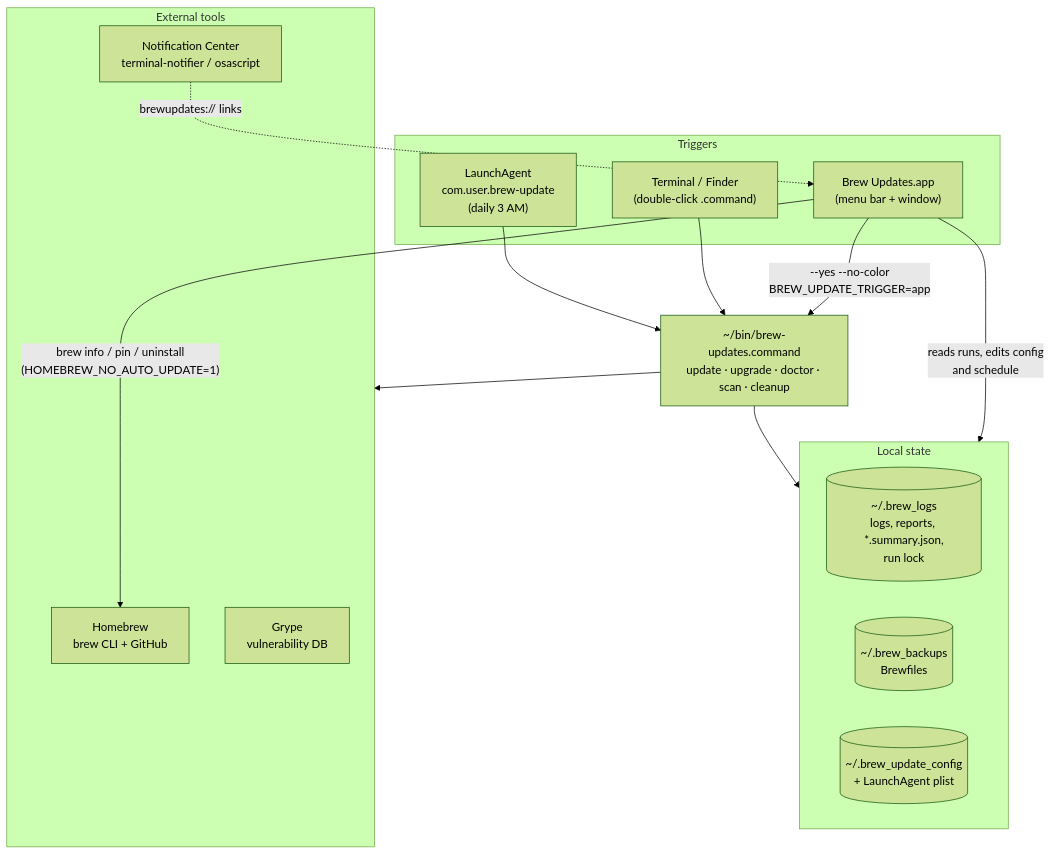
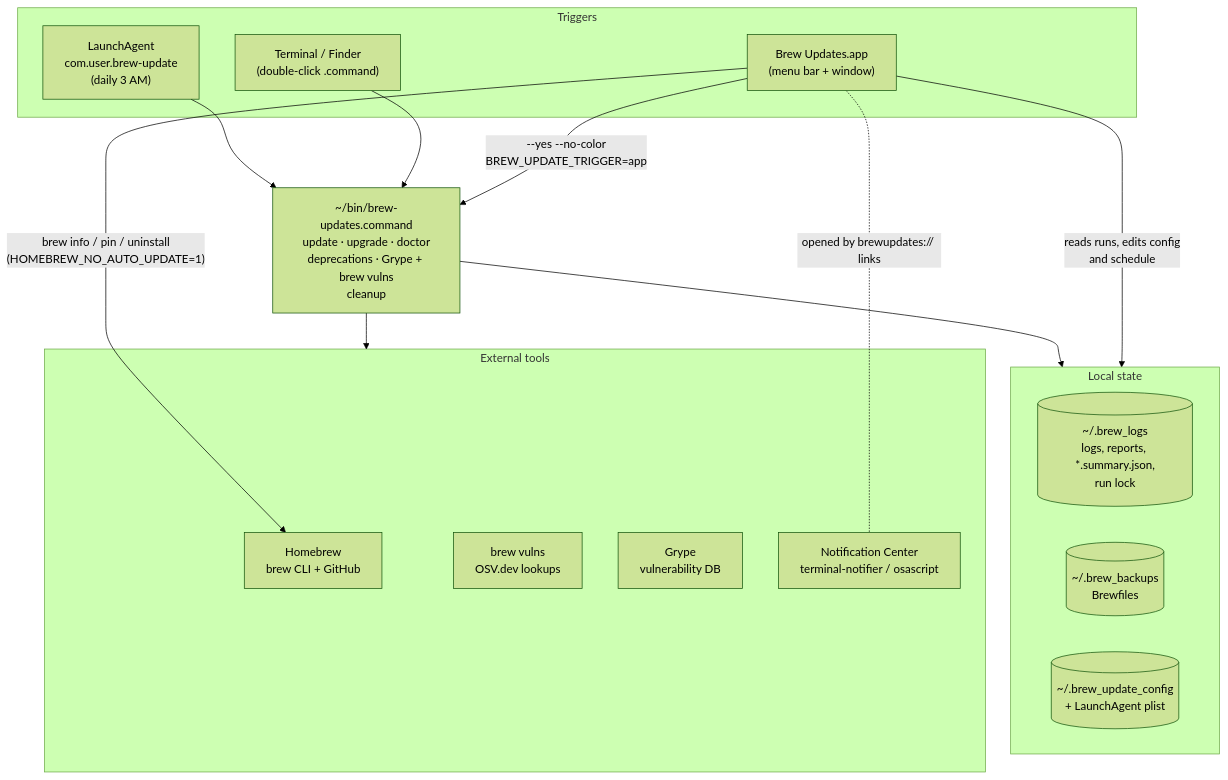
Before and after one commit to jxman/homebrew-update-assistant: the first of 5 diagrams in README.md, drawn with Mermaid (forest theme). The commit also changed other lines of this file and 4 other files, not shown here.

First line of the commit message:
feat(app): animate running runs; README architecture and scan deps

````diff
--- a/README.md
+++ b/README.md
@@ -70,31 +70,32 @@
 ```mermaid
 flowchart TB
     subgraph triggers["Triggers"]
         agent["LaunchAgent<br/>com.user.brew-update<br/>(daily 3 AM)"]
         user["Terminal / Finder<br/>(double-click .command)"]
         app["Brew Updates.app<br/>(menu bar + window)"]
     end
 
-    script["~/bin/brew-updates.command<br/>update · upgrade · doctor · scan · cleanup"]
+    script["~/bin/brew-updates.command<br/>update · upgrade · doctor<br/>deprecations · Grype + brew vulns<br/>cleanup"]
 
     subgraph files["Local state"]
         logs[("~/.brew_logs<br/>logs, reports, *.summary.json,<br/>run lock")]
         backups[("~/.brew_backups<br/>Brewfiles")]
         config[("~/.brew_update_config<br/>+ LaunchAgent plist")]
     end
 
     subgraph tools["External tools"]
         brew["Homebrew<br/>brew CLI + GitHub"]
+        osv["brew vulns<br/>OSV.dev lookups"]
         grype["Grype<br/>vulnerability DB"]
         notify["Notification Center<br/>terminal-notifier / osascript"]
     end
 
     agent --> script
     user --> script
     app -- "--yes --no-color<br/>BREW_UPDATE_TRIGGER=app" --> script
     script --> files
     script --> tools
     app -- "reads runs, edits config<br/>and schedule" --> files
     app -- "brew info / pin / uninstall<br/>(HOMEBREW_NO_AUTO_UPDATE=1)" --> brew
-    notify -. "brewupdates:// links" .-> app
+    app -. "opened by brewupdates:// links" .- notify
 ```
````
